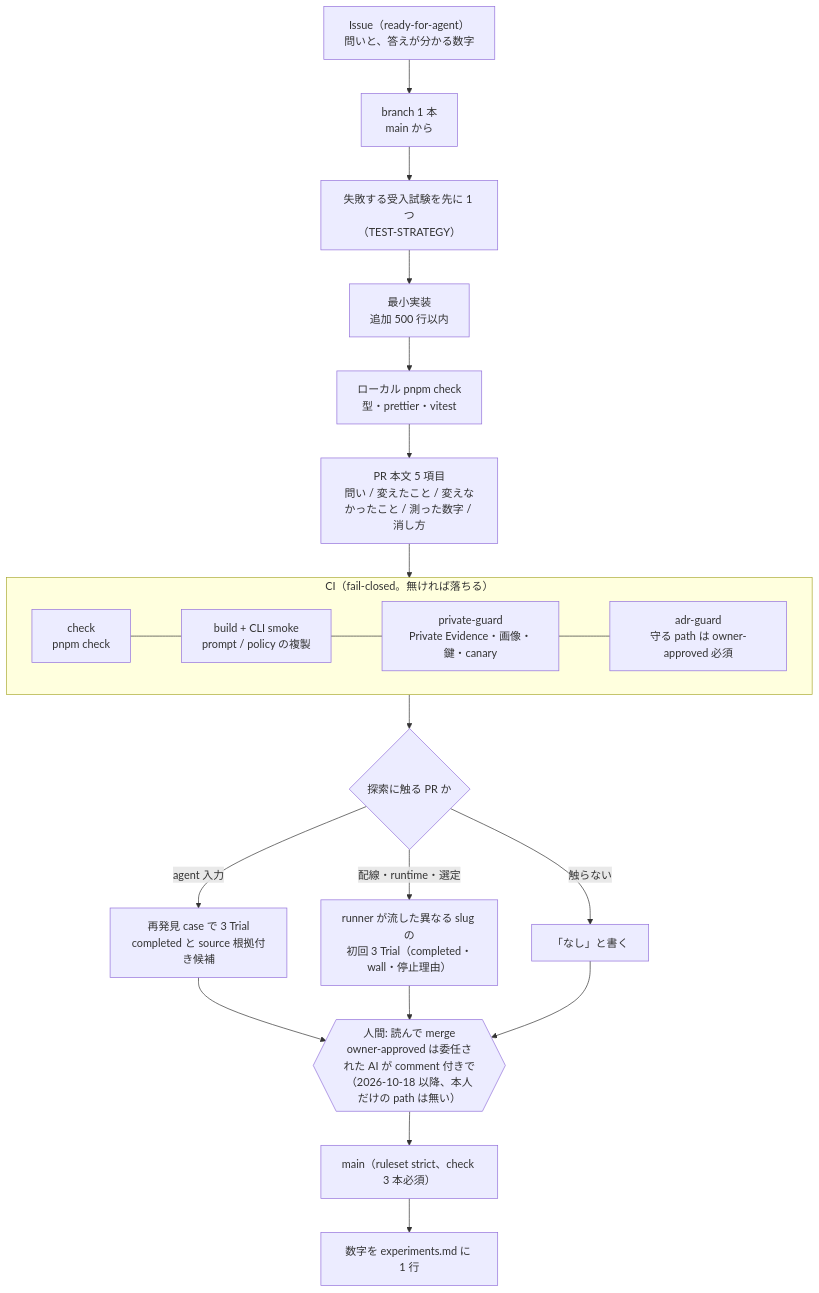
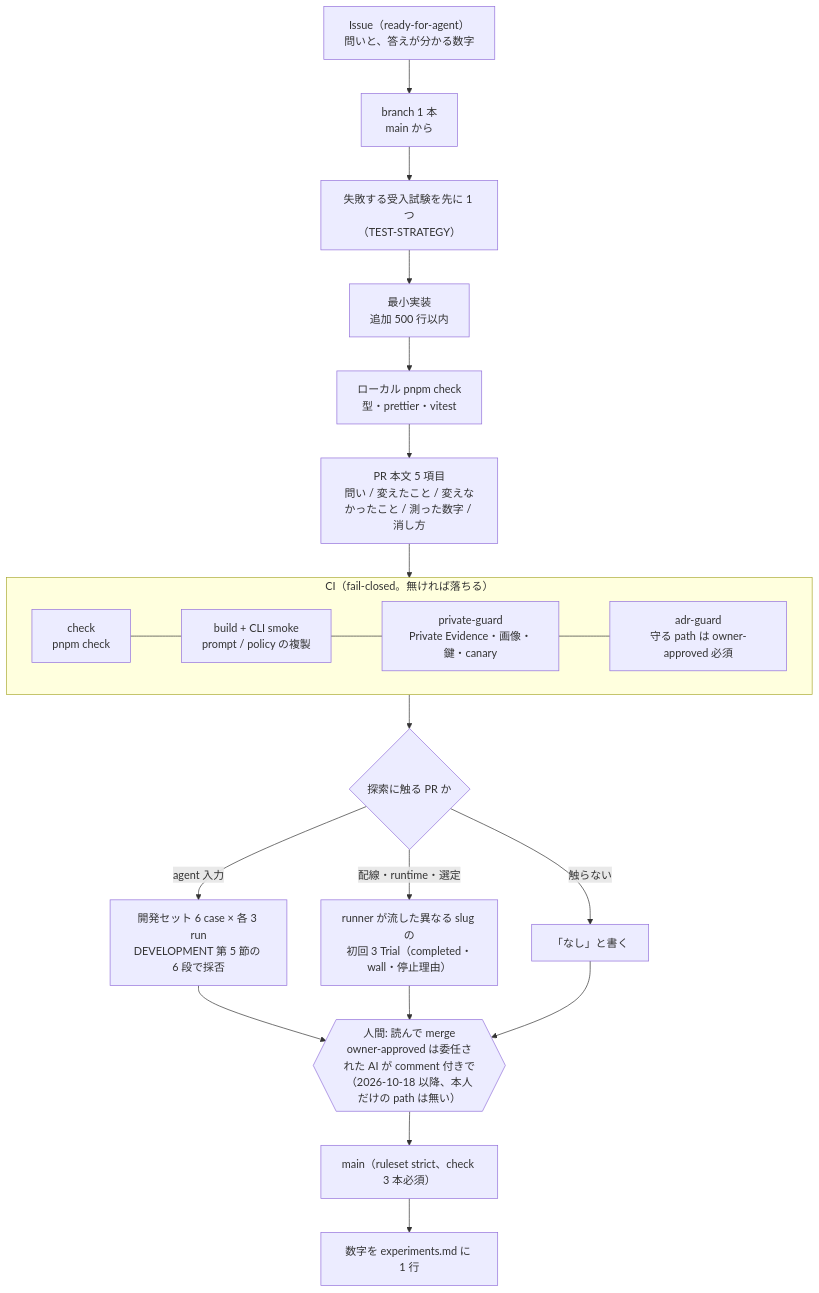
One commit to momoponwork1415-lgtm/wordpress-bounty-harness changed the third of 6 diagrams in docs/FACTORY.md. Above: the diagram before and after it, drawn with Mermaid. The commit also changed other lines of this file and 4 other files, not shown here.

````diff
--- a/docs/FACTORY.md
+++ b/docs/FACTORY.md
@@ -56,23 +56,23 @@
 ```mermaid
 flowchart TB
   I["Issue（ready-for-agent）<br/>問いと、答えが分かる数字"] --> B["branch 1 本<br/>main から"]
   B --> T["失敗する受入試験を先に 1 つ<br/>（TEST-STRATEGY）"]
   T --> C["最小実装<br/>追加 500 行以内"]
   C --> L["ローカル pnpm check<br/>型・prettier・vitest"]
   L --> PRB["PR 本文 5 項目<br/>問い / 変えたこと / 変えなかったこと / 測った数字 / 消し方"]
   PRB --> CI
   subgraph CI["CI（fail-closed。無ければ落ちる）"]
     direction LR
     G1["check<br/>pnpm check"] --- G2["build + CLI smoke<br/>prompt / policy の複製"] --- G3["private-guard<br/>Private Evidence・画像・鍵・canary"] --- G4["adr-guard<br/>守る path は owner-approved 必須"]
   end
   CI --> N{"探索に触る PR か"}
-  N -->|agent 入力| N1["再発見 case で 3 Trial<br/>completed と source 根拠付き候補"]
+  N -->|agent 入力| N1["開発セット 6 case × 各 3 run<br/>DEVELOPMENT 第 5 節の 6 段で採否"]
   N -->|配線・runtime・選定| N2["runner が流した異なる slug の<br/>初回 3 Trial（completed・wall・停止理由）"]
   N -->|触らない| N3["「なし」と書く"]
   N1 --> H
   N2 --> H
   N3 --> H
   H{{"人間: 読んで merge<br/>owner-approved は委任された AI が comment 付きで<br/>（2026-10-18 以降、本人だけの path は無い）"}}
   H --> M["main（ruleset strict、check 3 本必須）"]
   M --> R["数字を experiments.md に 1 行"]
 ```
````
